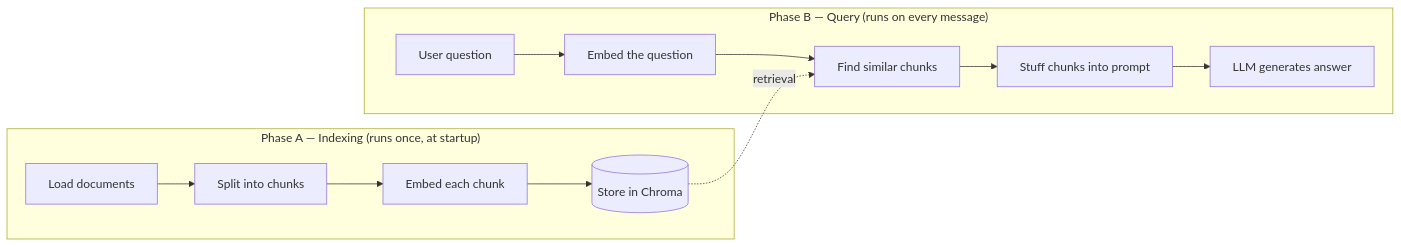
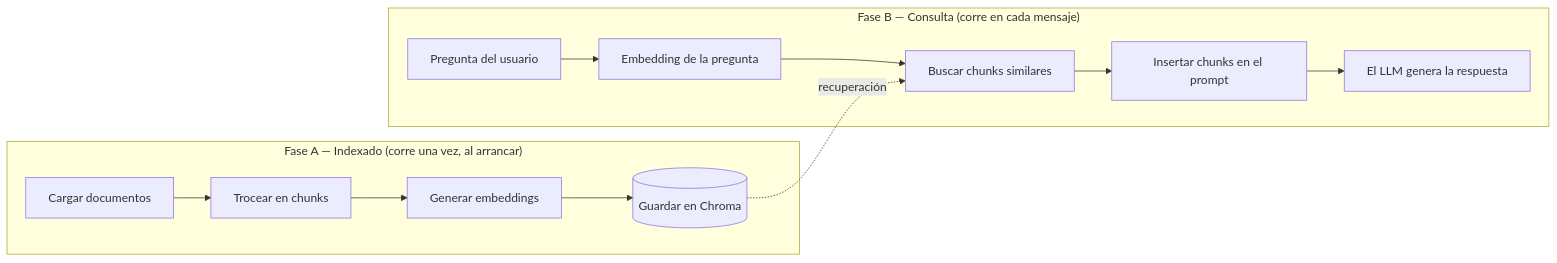
The diagram in docs/HOW_IT_WORKS.md (NicoDevGod/rag-chatbot-cv), drawn with Mermaid before and after one commit. The commit also changed other lines of this file and 1 other file, not shown here.

````diff
--- a/docs/HOW_IT_WORKS.md
+++ b/docs/HOW_IT_WORKS.md
@@ -17,10 +19,10 @@
 ```mermaid
 flowchart LR
-    subgraph Indexing["Phase A — Indexing (runs once, at startup)"]
-        A1[Load documents] --> A2[Split into chunks] --> A3[Embed each chunk] --> A4[(Store in Chroma)]
+    subgraph Indexado["Fase A — Indexado (corre una vez, al arrancar)"]
+        A1[Cargar documentos] --> A2[Trocear en chunks] --> A3[Generar embeddings] --> A4[(Guardar en Chroma)]
     end
-    subgraph Query["Phase B — Query (runs on every message)"]
-        B1[User question] --> B2[Embed the question] --> B3[Find similar chunks] --> B4[Stuff chunks into prompt] --> B5[LLM generates answer]
-        A4 -.retrieval.-> B3
+    subgraph Consulta["Fase B — Consulta (corre en cada mensaje)"]
+        B1[Pregunta del usuario] --> B2[Embedding de la pregunta] --> B3[Buscar chunks similares] --> B4[Insertar chunks en el prompt] --> B5[El LLM genera la respuesta]
+        A4 -.recuperación.-> B3
     end
 ```
````
